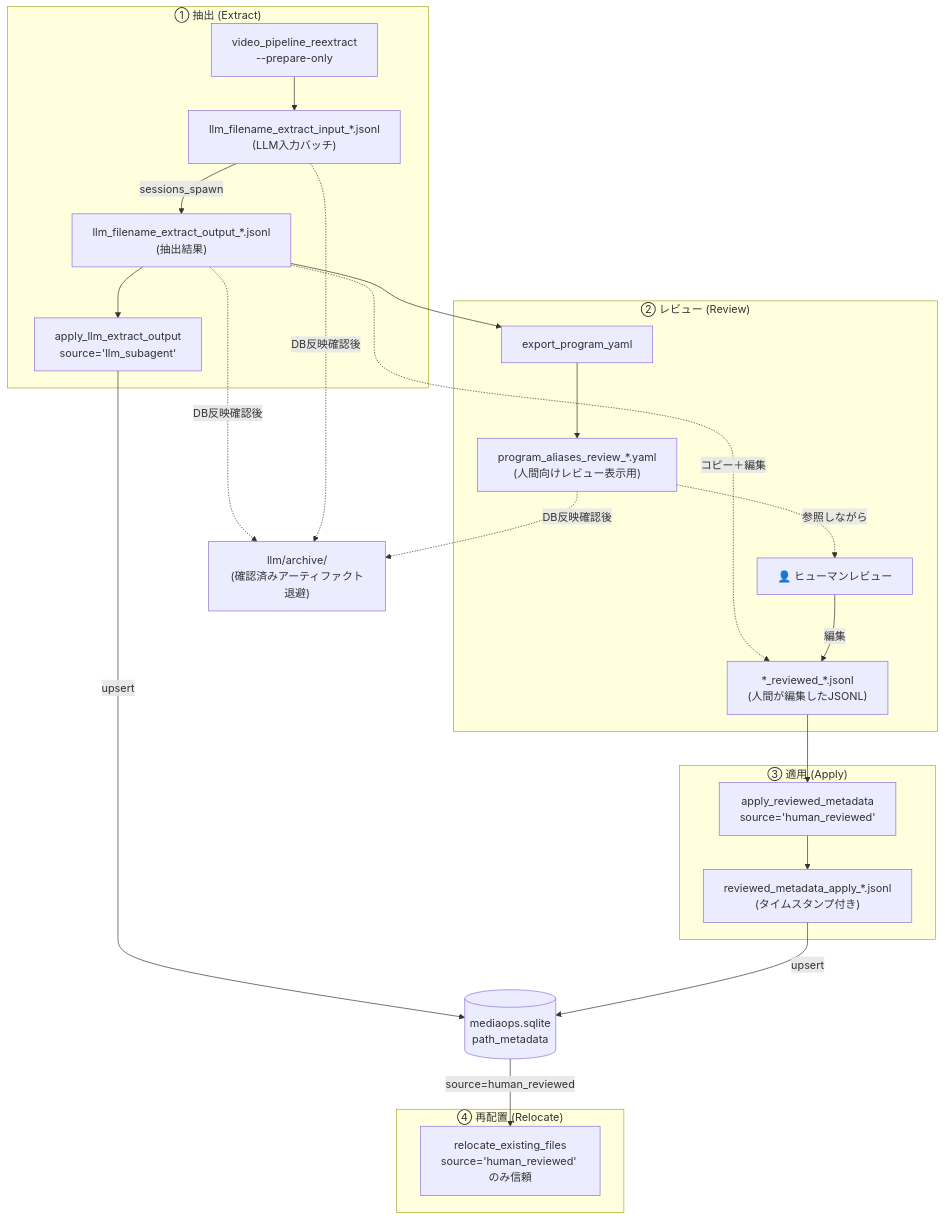
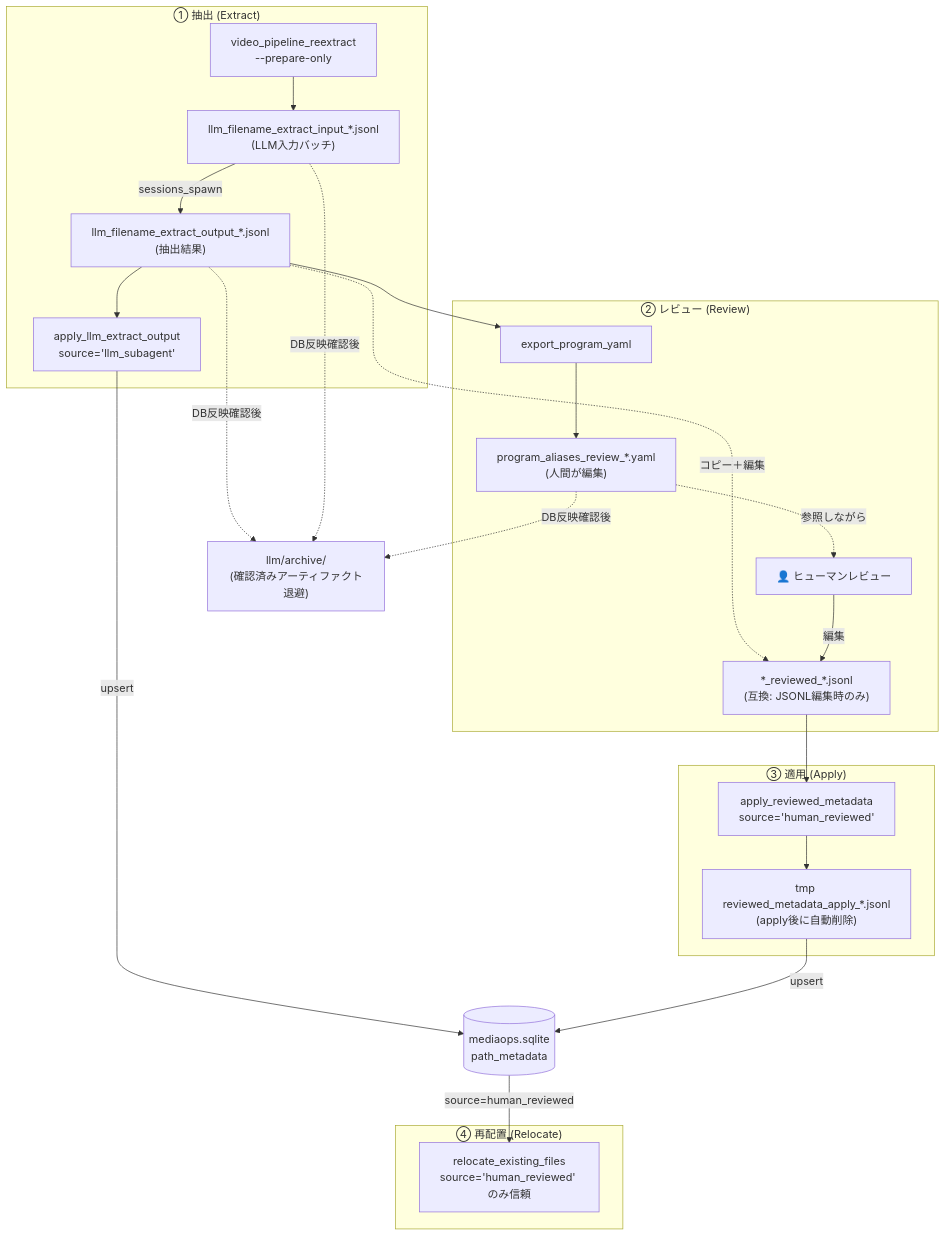
The seventh of 10 diagrams in README.md (NEXTAltair/video-library-pipeline), drawn with Mermaid before and after one commit. The commit also changed other lines of this file and 5 other files, not shown here.

Commit message:
Implement YAML-to-DB reviewed metadata apply flow

````diff
--- a/README.md
+++ b/README.md
@@ -553,44 +554,44 @@
 ```mermaid
 flowchart TD
     subgraph "① 抽出 (Extract)"
         REEXTRACT["video_pipeline_reextract<br/>--prepare-only"]
         INPUT_JSONL["llm_filename_extract_input_*.jsonl<br/>(LLM入力バッチ)"]
         OUTPUT_JSONL["llm_filename_extract_output_*.jsonl<br/>(抽出結果)"]
         APPLY_LLM["apply_llm_extract_output<br/>source='llm_subagent'"]
     end
 
     subgraph "② レビュー (Review)"
         EXPORT_YAML["export_program_yaml"]
-        REVIEW_YAML["program_aliases_review_*.yaml<br/>(人間向けレビュー表示用)"]
-        EDITED_JSONL["*_reviewed_*.jsonl<br/>(人間が編集したJSONL)"]
+        REVIEW_YAML["program_aliases_review_*.yaml<br/>(人間が編集)"]
+        EDITED_JSONL["*_reviewed_*.jsonl<br/>(互換: JSONL編集時のみ)"]
         HUMAN["👤 ヒューマンレビュー"]
     end
 
     subgraph "③ 適用 (Apply)"
         APPLY_REV["apply_reviewed_metadata<br/>source='human_reviewed'"]
-        STAMPED["reviewed_metadata_apply_*.jsonl<br/>(タイムスタンプ付き)"]
+        STAMPED["tmp reviewed_metadata_apply_*.jsonl<br/>(apply後に自動削除)"]
     end
 
     subgraph "④ 再配置 (Relocate)"
         RELOCATE["relocate_existing_files<br/>source='human_reviewed' のみ信頼"]
     end
 
     DB[("mediaops.sqlite<br/>path_metadata")]
     ARCHIVE["llm/archive/<br/>(確認済みアーティファクト退避)"]
 
     REEXTRACT --> INPUT_JSONL
     INPUT_JSONL -->|sessions_spawn| OUTPUT_JSONL
     OUTPUT_JSONL --> APPLY_LLM -->|upsert| DB
 
     OUTPUT_JSONL --> EXPORT_YAML --> REVIEW_YAML
     OUTPUT_JSONL -.->|コピー＋編集| EDITED_JSONL
     REVIEW_YAML -.->|参照しながら| HUMAN
     HUMAN -->|編集| EDITED_JSONL
 
     EDITED_JSONL --> APPLY_REV --> STAMPED -->|upsert| DB
     DB -->|source=human_reviewed| RELOCATE
 
     OUTPUT_JSONL -.->|DB反映確認後| ARCHIVE
     INPUT_JSONL -.->|DB反映確認後| ARCHIVE
     REVIEW_YAML -.->|DB反映確認後| ARCHIVE
 ```
````
